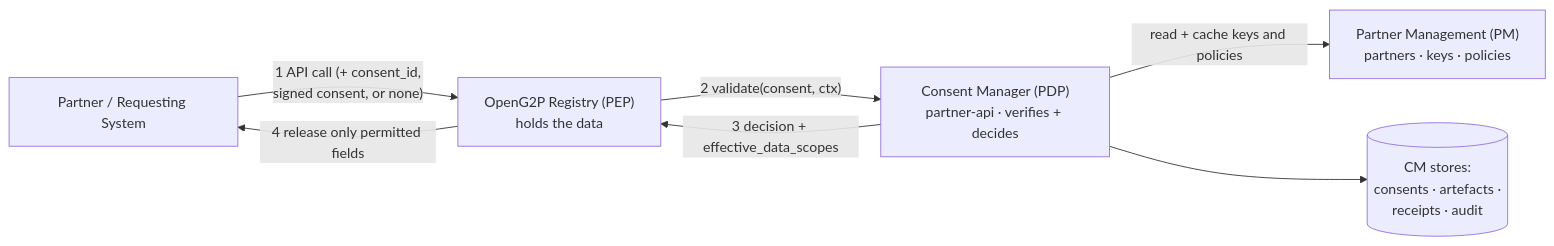
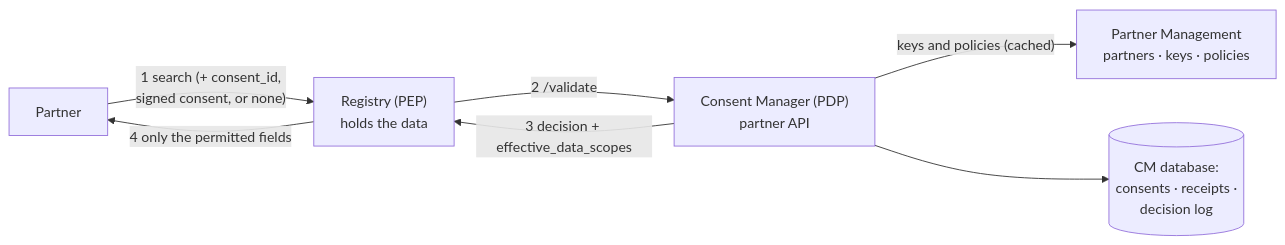
The diagram in consent-management/design/architecture.md (OpenG2P/openg2p-documentation), drawn with Mermaid before and after one commit. The commit also changed other lines of this file and 19 other files, not shown here.

````diff
--- a/consent-management/design/architecture.md
+++ b/consent-management/design/architecture.md
@@ -16,15 +13,15 @@
 ```mermaid
 flowchart LR
-  Partner["Partner / Requesting System"]
-  Registry["OpenG2P Registry (PEP)\nholds the data"]
-  CM["Consent Manager (PDP)\npartner-api · verifies + decides"]
-  PM["Partner Management (PM)\npartners · keys · policies"]
-  Store[("CM stores:\nconsents · artefacts ·\nreceipts · audit")]
+  Partner["Partner"]
+  Registry["Registry (PEP)\nholds the data"]
+  CM["Consent Manager (PDP)\npartner API"]
+  PM["Partner Management\npartners · keys · policies"]
+  Store[("CM database:\nconsents · receipts ·\ndecision log")]
 
-  Partner -->|"1 API call (+ consent_id,\nsigned consent, or none)"| Registry
-  Registry -->|"2 validate(consent, ctx)"| CM
-  CM -->|"read + cache keys and policies"| PM
+  Partner -->|"1 search (+ consent_id,\nsigned consent, or none)"| Registry
+  Registry -->|"2 /validate"| CM
+  CM -->|"keys and policies (cached)"| PM
   CM --> Store
   CM -->|"3 decision + effective_data_scopes"| Registry
-  Registry -->|"4 release only permitted fields"| Partner
+  Registry -->|"4 only the permitted fields"| Partner
 ```
````
